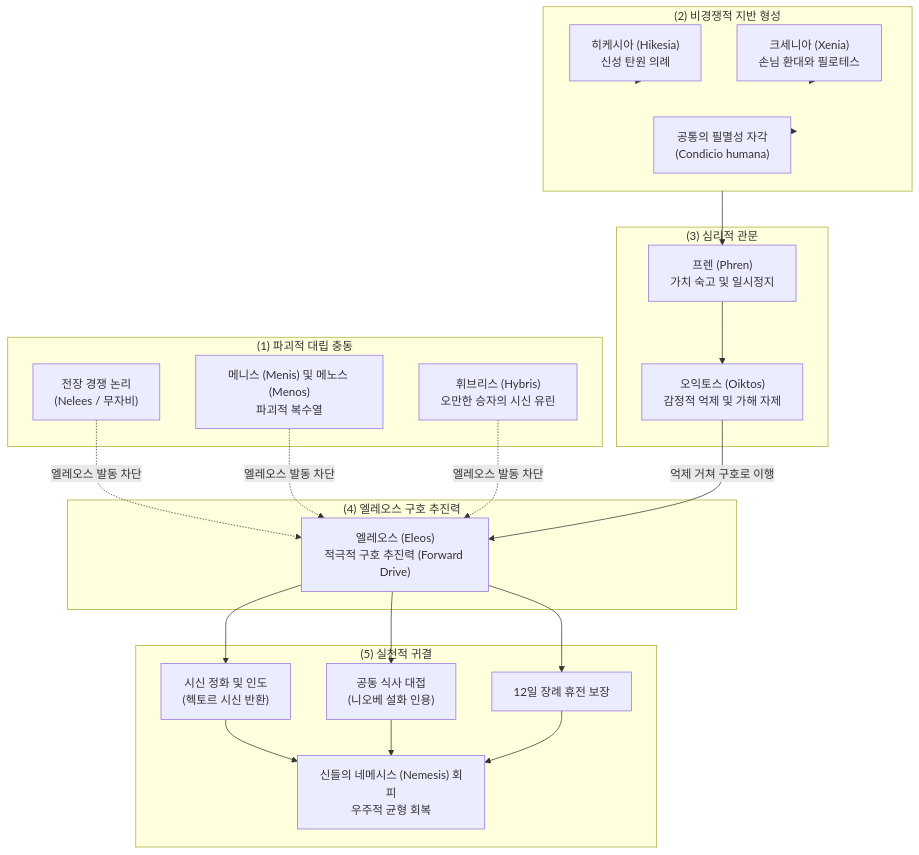
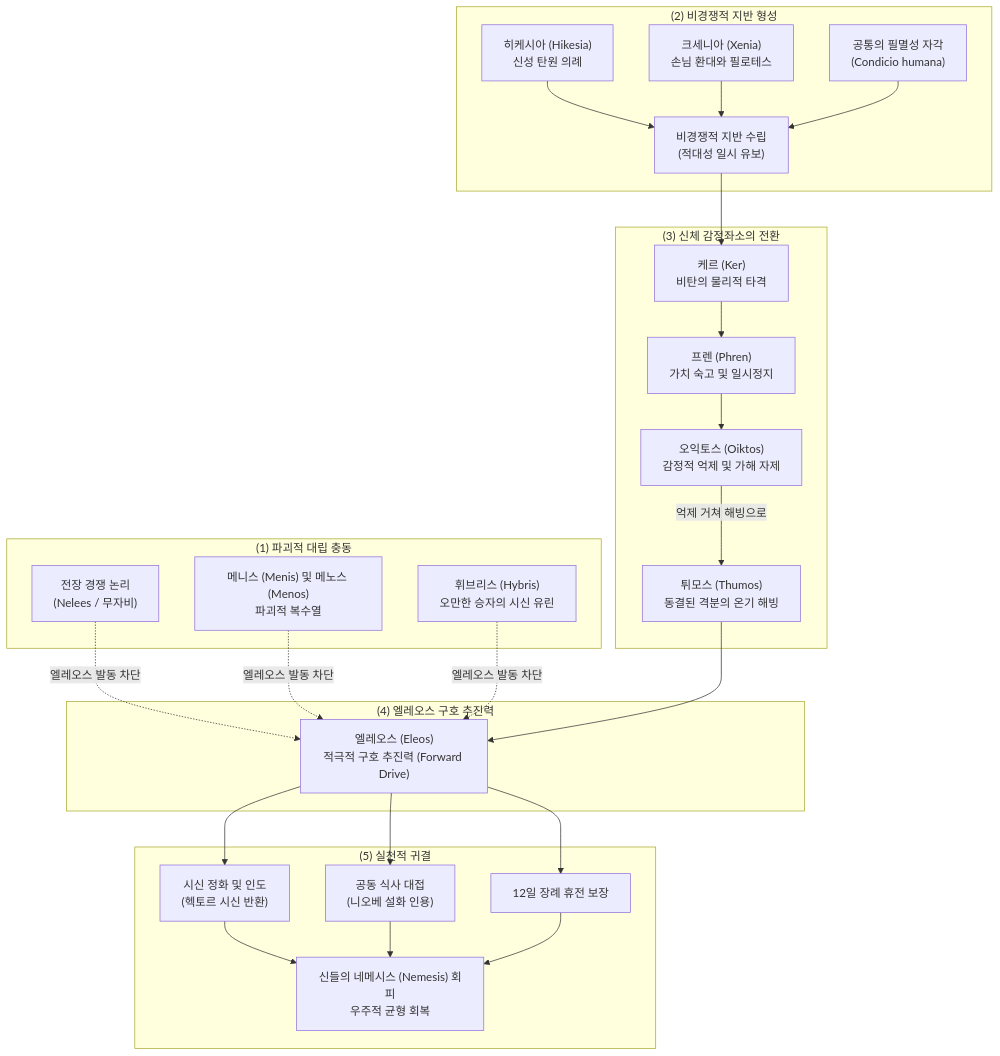
Before and after one commit to YgHnSIM/Homer_wiki: the diagram in wiki/concepts/concept-eleos.md, drawn with Mermaid. The commit also changed other lines of this file and 1 other file, not shown here.

````diff
--- a/wiki/concepts/concept-eleos.md
+++ b/wiki/concepts/concept-eleos.md
@@ -109,42 +118,47 @@
 ```mermaid
 flowchart TD
     subgraph PolarConflict ["(1) 파괴적 대립 충동"]
         WAR["전장 경쟁 논리<br/>(Nelees / 무자비)"]
         MEN["메니스 (Menis) 및 메노스 (Menos)<br/>파괴적 복수열"]
         HYB["휘브리스 (Hybris)<br/>오만한 승자의 시신 유린"]
     end
 
     subgraph GroundStage ["(2) 비경쟁적 지반 형성"]
         HIK["히케시아 (Hikesia)<br/>신성 탄원 의례"]
         XEN["크세니아 (Xenia)<br/>손님 환대와 필로테스"]
         MORT["공통의 필멸성 자각<br/>(Condicio humana)"]
+        GND["비경쟁적 지반 수립<br/>(적대성 일시 유보)"]
     end
 
-    subgraph InternalInhibition ["(3) 심리적 관문"]
+    subgraph InternalProcess ["(3) 신체 감정좌소의 전환"]
+        KER["케르 (Ker)<br/>비탄의 물리적 타격"]
         PH["프렌 (Phren)<br/>가치 숙고 및 일시정지"]
         OIK["오익토스 (Oiktos)<br/>감정적 억제 및 가해 자제"]
+        THU["튀모스 (Thumos)<br/>동결된 격분의 온기 해빙"]
     end
 
     subgraph PositiveDrive ["(4) 엘레오스 구호 추진력"]
         ELE["엘레오스 (Eleos)<br/>적극적 구호 추진력 (Forward Drive)"]
     end
 
     subgraph RestorativeAction ["(5) 실천적 귀결"]
         ACT1["시신 정화 및 인도<br/>(헥토르 시신 반환)"]
         ACT2["공동 식사 대접<br/>(니오베 설화 인용)"]
         ACT3["12일 장례 휴전 보장"]
         SAN["신들의 네메시스 (Nemesis) 회피<br/>우주적 균형 회복"]
     end
 
     WAR & MEN & HYB -.->|"엘레오스 발동 차단"| ELE
 
-    HIK & XEN & MORT --> GroundStage
-    GroundStage --> PH
+    HIK & XEN & MORT --> GND
+    GND --> KER
+    KER --> PH
     PH --> OIK
-    OIK -->|"억제 거쳐 구호로 이행"| ELE
+    OIK -->|"억제 거쳐 해빙으로"| THU
+    THU --> ELE
 
     ELE --> ACT1
     ELE --> ACT2
     ELE --> ACT3
     ACT1 & ACT2 & ACT3 --> SAN
 ```
````
